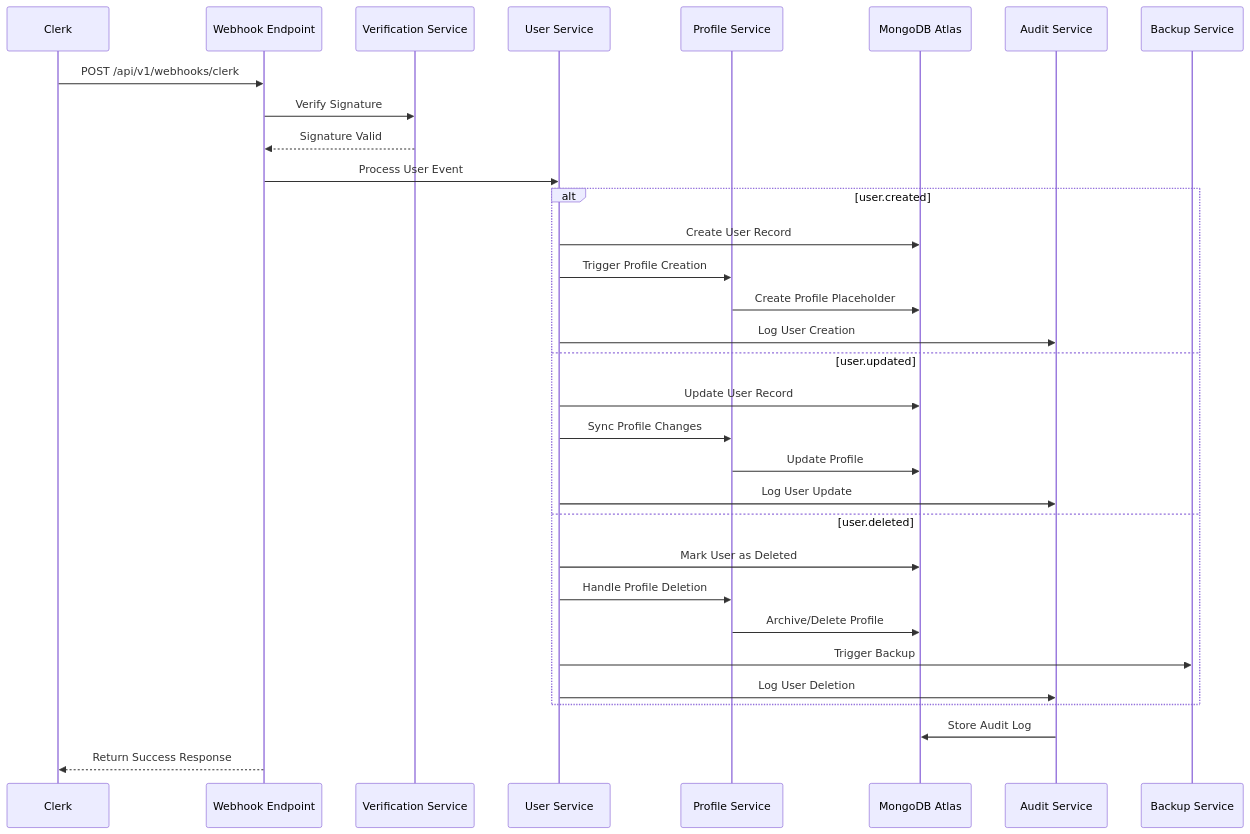
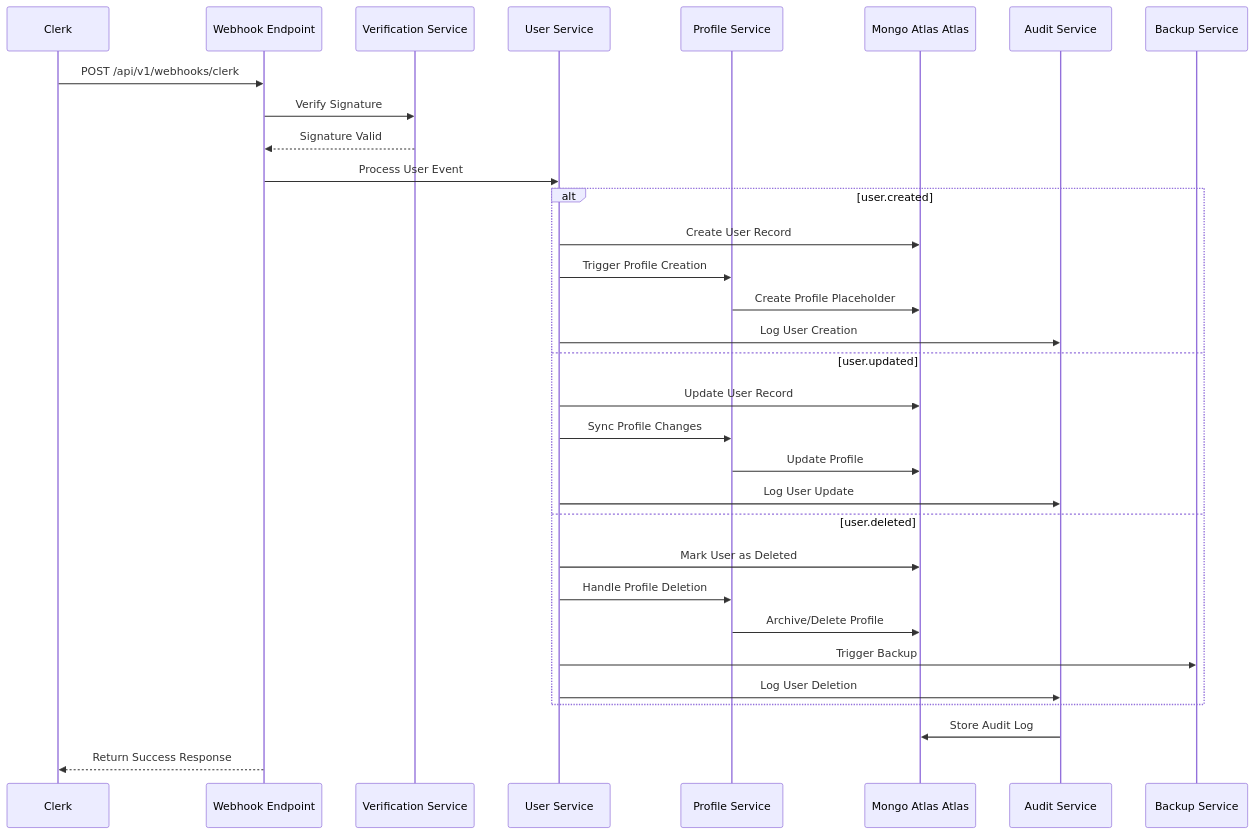
Before and after one commit to CassieCamp/arete3: the diagram in database_hardening_plan.md, drawn with Mermaid. The commit also changed other lines of this file and 30 other files, not shown here.

````diff
--- a/database_hardening_plan.md
+++ b/database_hardening_plan.md
@@ -402,37 +402,37 @@
 ```mermaid
 sequenceDiagram
     participant C as Clerk
     participant W as Webhook Endpoint
     participant V as Verification Service
     participant U as User Service
     participant P as Profile Service
-    participant DB as MongoDB Atlas
+    participant DB as Mongo Atlas Atlas
     participant A as Audit Service
     participant B as Backup Service
 
     C->>W: POST /api/v1/webhooks/clerk
     W->>V: Verify Signature
     V-->>W: Signature Valid
     W->>U: Process User Event
     
     alt user.created
         U->>DB: Create User Record
         U->>P: Trigger Profile Creation
         P->>DB: Create Profile Placeholder
         U->>A: Log User Creation
     else user.updated
         U->>DB: Update User Record
         U->>P: Sync Profile Changes
         P->>DB: Update Profile
         U->>A: Log User Update
     else user.deleted
         U->>DB: Mark User as Deleted
         U->>P: Handle Profile Deletion
         P->>DB: Archive/Delete Profile
         U->>B: Trigger Backup
         U->>A: Log User Deletion
     end
     
     A->>DB: Store Audit Log
     W-->>C: Return Success Response
 ```
````
